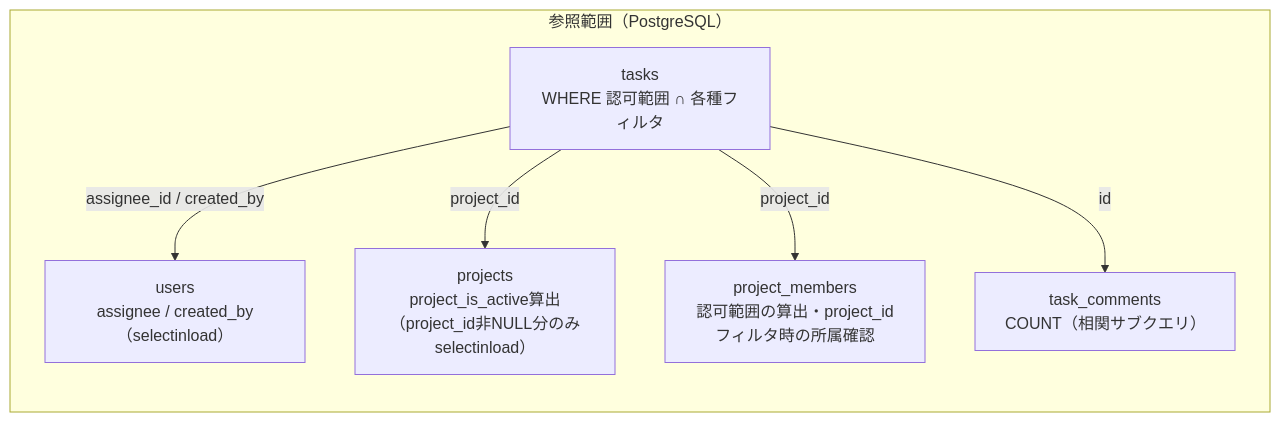
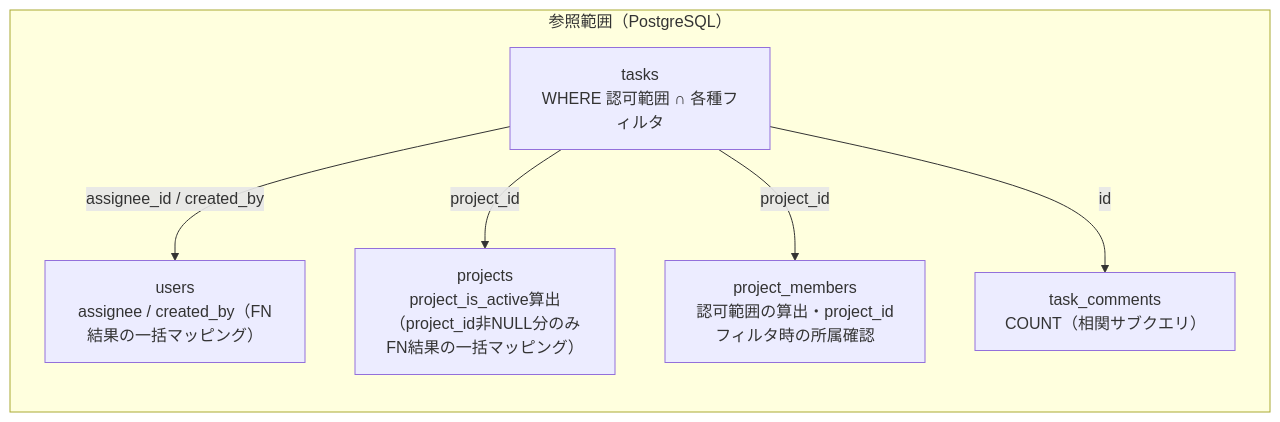
One commit to oikawa-d/task_management changed the fourth of 4 diagrams in detailed_design/api/tasks/10_get_tasks.md. Above: the diagram before and after it, drawn with Mermaid. The commit also changed other lines of this file and 58 other files, not shown here.

````diff
--- a/detailed_design/api/tasks/10_get_tasks.md
+++ b/detailed_design/api/tasks/10_get_tasks.md
@@ -225,14 +225,14 @@
 ```mermaid
 flowchart LR
     subgraph read["参照範囲（PostgreSQL）"]
         T["tasks<br/>WHERE 認可範囲 ∩ 各種フィルタ"]
-        U["users<br/>assignee / created_by（selectinload）"]
-        P["projects<br/>project_is_active算出（project_id非NULL分のみselectinload）"]
+        U["users<br/>assignee / created_by（FN結果の一括マッピング）"]
+        P["projects<br/>project_is_active算出（project_id非NULL分のみFN結果の一括マッピング）"]
         PM["project_members<br/>認可範囲の算出・project_idフィルタ時の所属確認"]
         C["task_comments<br/>COUNT（相関サブクエリ）"]
     end
     T -->|"assignee_id / created_by"| U
     T -->|"project_id"| P
     T -->|"project_id"| PM
     T -->|"id"| C
 ```
````
